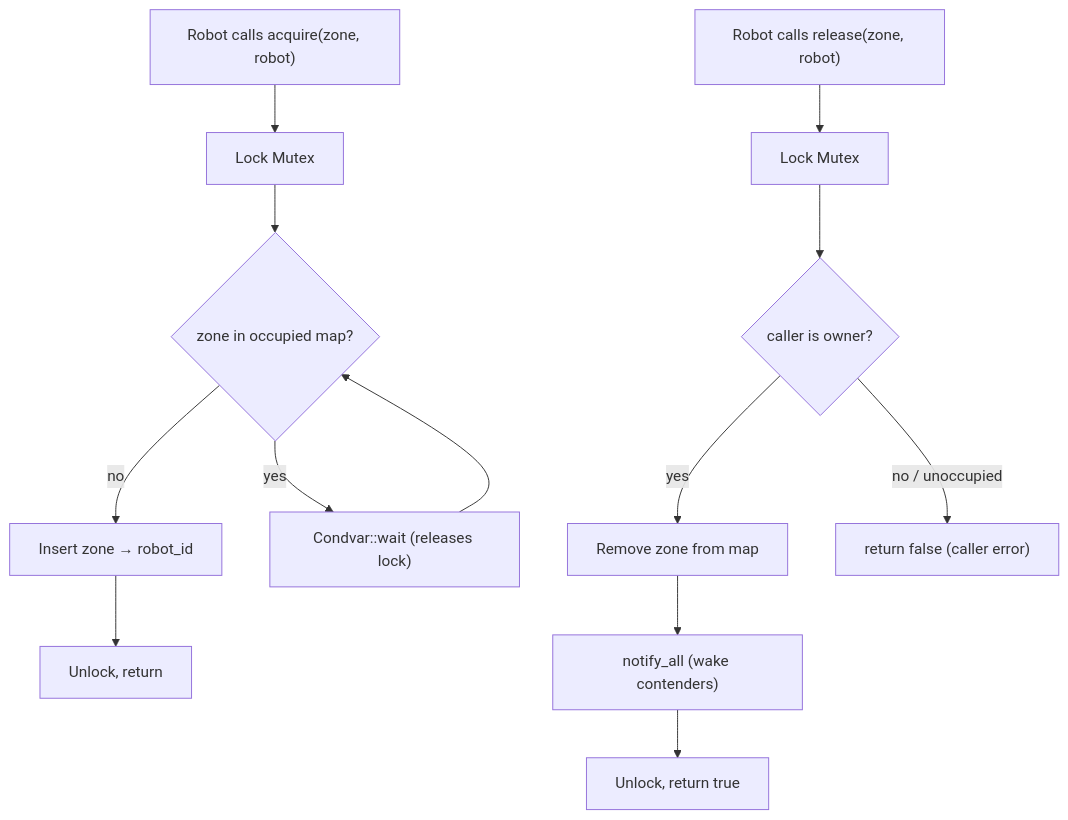
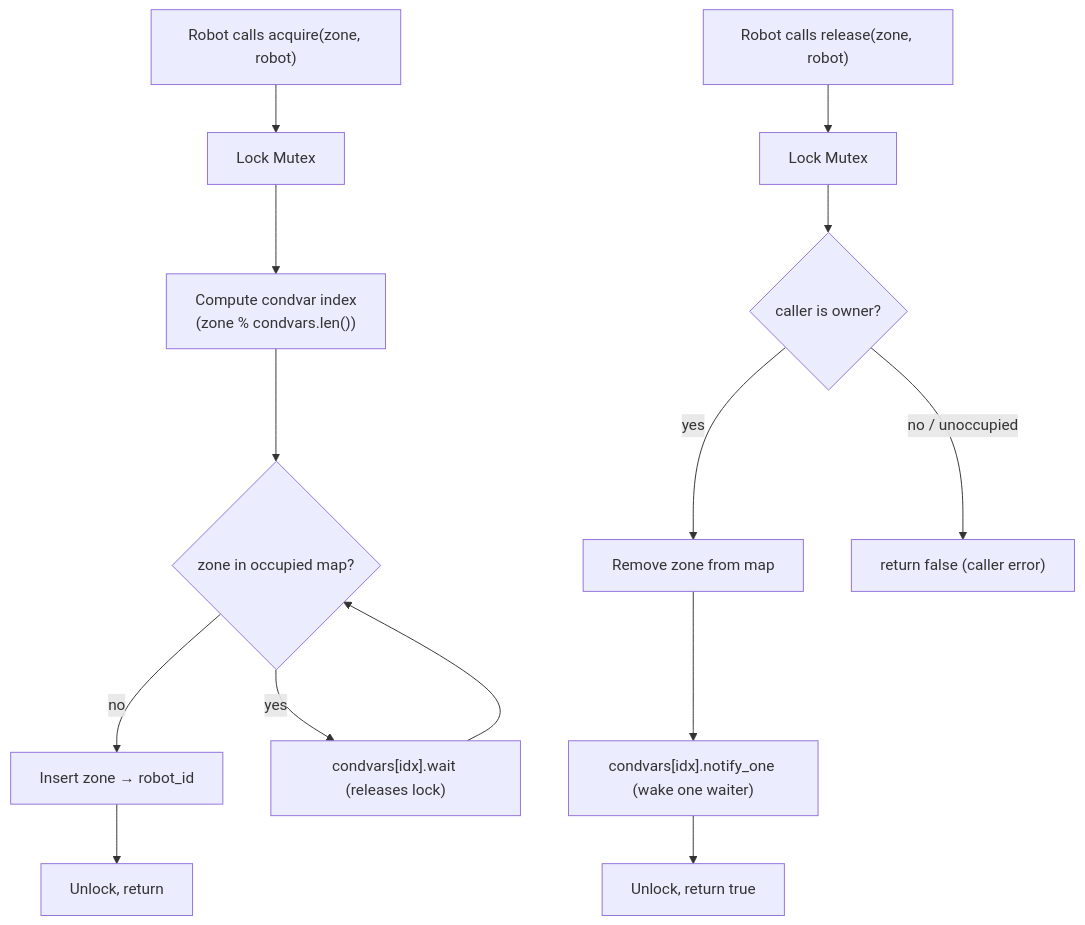
Before and after one commit to HaochenFa/Medical-Care-Robot-Coordination-System-Core: the fourth of 6 diagrams in DIAGRAMS.md, drawn with Mermaid. The commit also changed other lines of this file and 4 other files, not shown here.

First line of the commit message:
perf: split locks, per-zone condvars, mpsc dedup; update docs and bench data

````diff
--- a/DIAGRAMS.md
+++ b/DIAGRAMS.md
@@ -108,16 +108,17 @@
 ```mermaid
 flowchart TD
     A["Robot calls acquire(zone, robot)"] --> LOCK["Lock Mutex"]
-    LOCK --> OCC{"zone in occupied map?"}
+    LOCK --> IDX["Compute condvar index\n(zone % condvars.len())"]
+    IDX --> OCC{"zone in occupied map?"}
     OCC -- "no" --> INSERT["Insert zone → robot_id"]
     INSERT --> UNLOCK_A["Unlock, return"]
-    OCC -- "yes" --> WAIT["Condvar::wait (releases lock)"]
+    OCC -- "yes" --> WAIT["condvars[idx].wait (releases lock)"]
     WAIT --> OCC
 
     R["Robot calls release(zone, robot)"] --> LOCKR["Lock Mutex"]
     LOCKR --> OWNER{"caller is owner?"}
     OWNER -- "yes" --> REMOVE["Remove zone from map"]
-    REMOVE --> NOTIFYALL["notify_all (wake contenders)"]
-    NOTIFYALL --> UNLOCK_R["Unlock, return true"]
+    REMOVE --> NOTIFYONE["condvars[idx].notify_one (wake one waiter)"]
+    NOTIFYONE --> UNLOCK_R["Unlock, return true"]
     OWNER -- "no / unoccupied" --> FALSE["return false (caller error)"]
 ```
````
